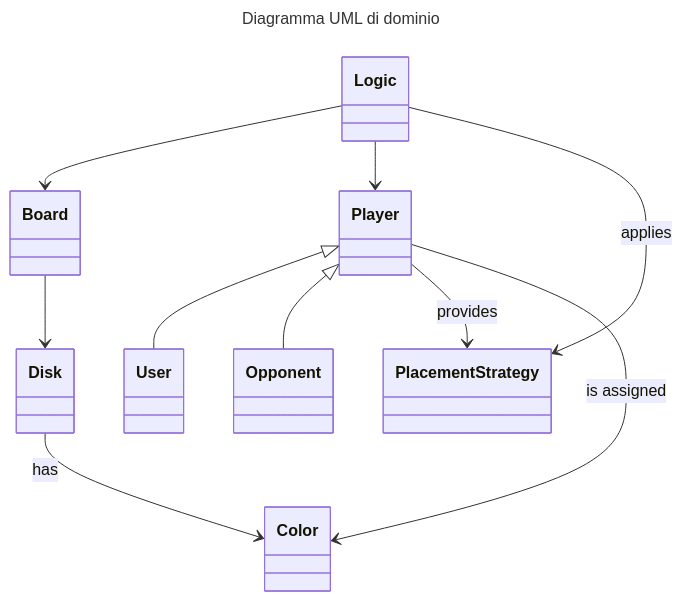
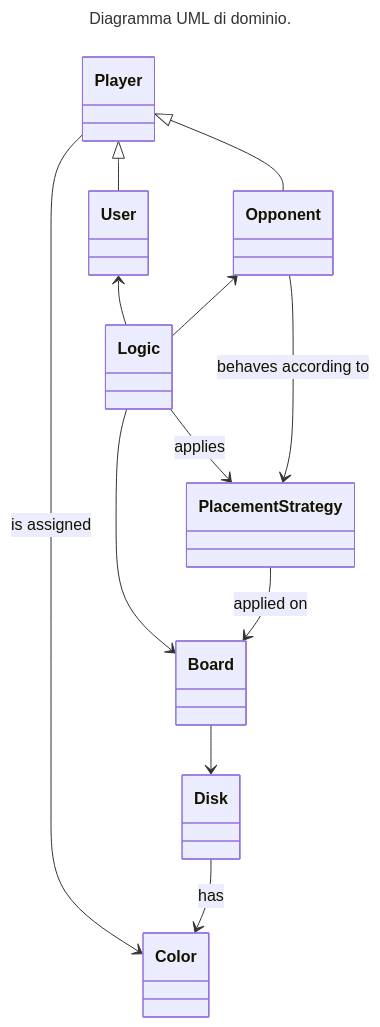
The diagram in docs/report/3-requirements.md (Borgotto/PPS-25-scalatello), drawn with Mermaid before and after one commit. The commit also changed other lines of this file, not shown here.

````diff
--- a/docs/report/3-requirements.md
+++ b/docs/report/3-requirements.md
@@ -26,27 +55,31 @@
 ```mermaid
 ---
-title: Diagramma UML di dominio
+title: Diagramma UML di dominio.
 ---
 classDiagram
   class Logic
   class Player
   class User
   class Opponent
   class PlacementStrategy
   class Board
   class Disk
   class Color
 
   Logic --> Board
-  Logic --> Player
   Logic --> PlacementStrategy: applies
 
   Player <|-- User
   Player <|-- Opponent
+  Player --> Color: is assigned
 
-  Player --> PlacementStrategy : provides
-  Player --> Color: is assigned
+  User <-- Logic
+  Opponent <-- Logic
+
+  Opponent --> PlacementStrategy : behaves according to
+
+  PlacementStrategy --> Board: applied on
 
   Board --> Disk
   Disk --> Color: has
 ```
````
